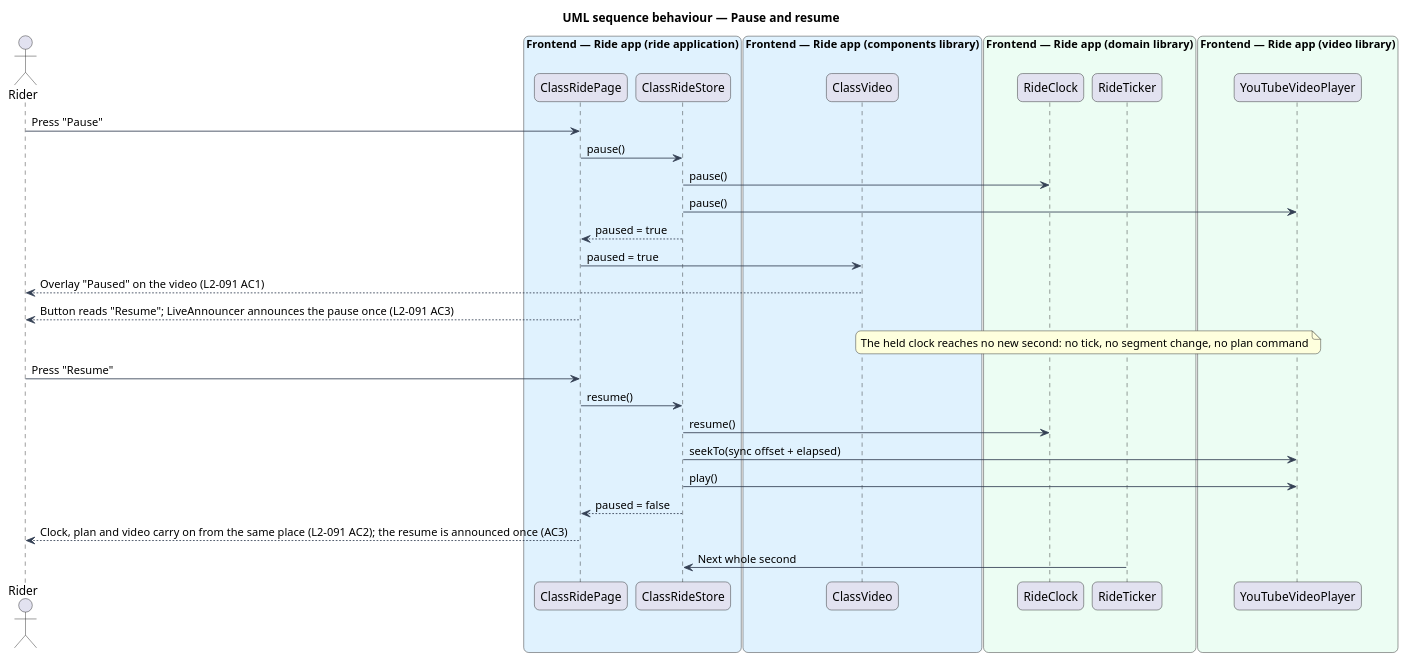
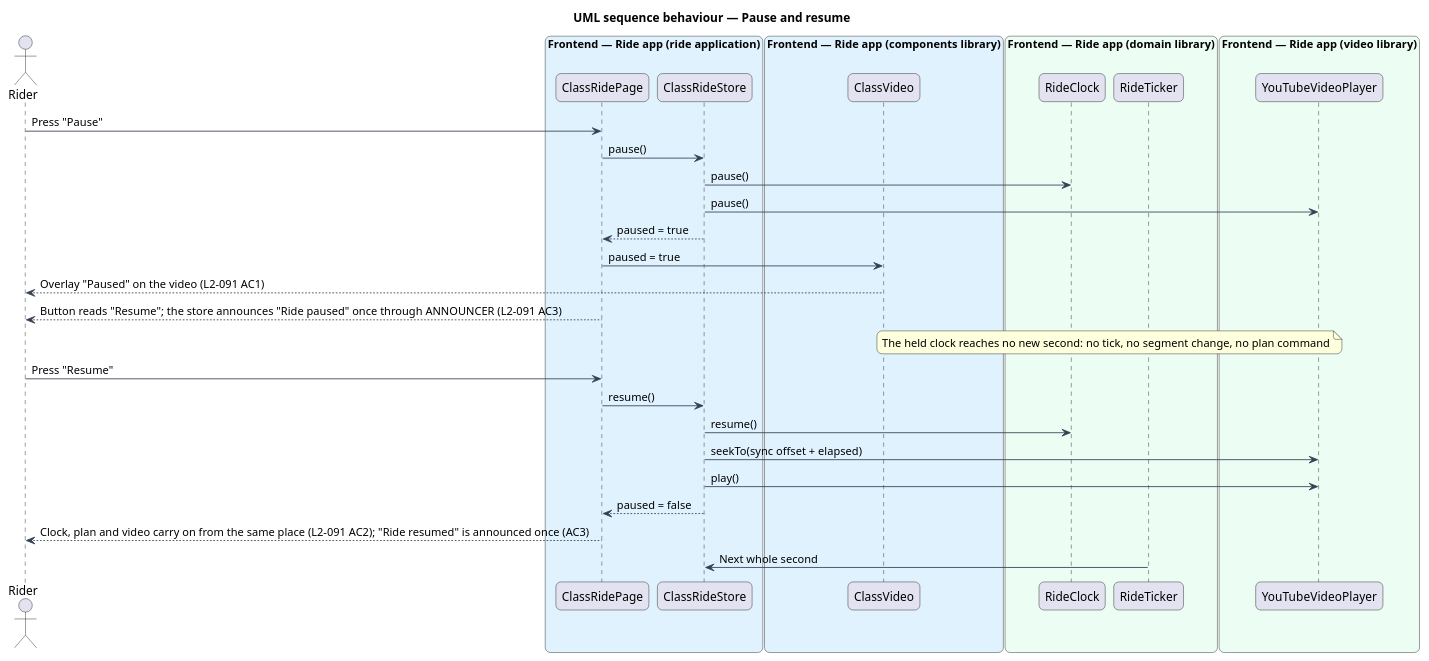
Before and after one commit to QuinntyneBrown/ride-one: the diagram in docs/detailed-designs/class-ride/pause-leave-or-finish-the-class/diagrams/sequence-pause-and-resume.puml, drawn with PlantUML. The commit also changed 76 other files, not shown here.

```diff
--- a/docs/detailed-designs/class-ride/pause-leave-or-finish-the-class/diagrams/sequence-pause-and-resume.puml
+++ b/docs/detailed-designs/class-ride/pause-leave-or-finish-the-class/diagrams/sequence-pause-and-resume.puml
@@ -1,49 +1,49 @@
 @startuml
 title UML sequence behaviour — Pause and resume
 skinparam backgroundColor #FFFFFF
 skinparam shadowing false
 skinparam roundcorner 12
 skinparam defaultFontName Arial
 skinparam ArrowColor #344054
 skinparam rectangle {
   BorderColor #344054
   FontColor #101828
 }
 skinparam package {
   BorderColor #667085
   FontColor #101828
   BackgroundColor #F9FAFB
 }
 actor "Rider" as rider
 box "Frontend — Ride app (ride application)" #E0F2FE
   participant "ClassRidePage" as page
   participant "ClassRideStore" as store
 end box
 box "Frontend — Ride app (components library)" #E0F2FE
   participant "ClassVideo" as cvideo
 end box
 box "Frontend — Ride app (domain library)" #ECFDF3
   participant "RideClock" as clock
   participant "RideTicker" as ticker
 end box
 box "Frontend — Ride app (video library)" #ECFDF3
   participant "YouTubeVideoPlayer" as player
 end box
 rider -> page : Press "Pause"
 page -> store : pause()
 store -> clock : pause()
 store -> player : pause()
 store --> page : paused = true
 page -> cvideo : paused = true
 cvideo --> rider : Overlay "Paused" on the video (L2-091 AC1)
-page --> rider : Button reads "Resume"; LiveAnnouncer announces the pause once (L2-091 AC3)
+page --> rider : Button reads "Resume"; the store announces "Ride paused" once through ANNOUNCER (L2-091 AC3)
 note over clock, ticker : The held clock reaches no new second: no tick, no segment change, no plan command
 rider -> page : Press "Resume"
 page -> store : resume()
 store -> clock : resume()
 store -> player : seekTo(sync offset + elapsed)
 store -> player : play()
 store --> page : paused = false
-page --> rider : Clock, plan and video carry on from the same place (L2-091 AC2); the resume is announced once (AC3)
+page --> rider : Clock, plan and video carry on from the same place (L2-091 AC2); "Ride resumed" is announced once (AC3)
 ticker -> store : Next whole second
 @enduml
```
